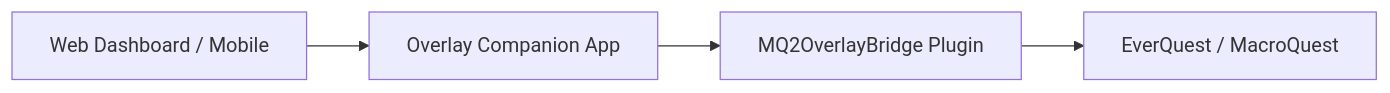
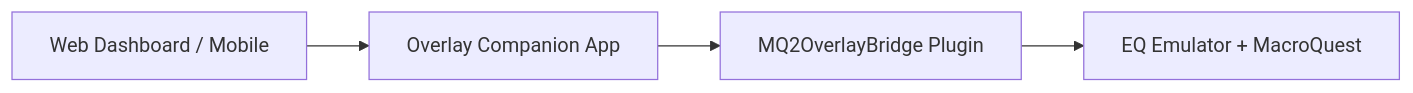
One commit to eniner/-Coming-Soon-MQ-Companion changed the diagram in README.md. Above: the diagram before and after it, drawn with Mermaid. The commit also changed other lines of this file and 21 other files, not shown here.

First line of the commit message:
Refresh EMU gallery and make EverQuest emulator-only positioning unmistakable.

````diff
--- a/README.md
+++ b/README.md
@@ -43,6 +60,6 @@
 ```mermaid
 flowchart LR
   A[Web Dashboard / Mobile] --> B[Overlay Companion App]
   B --> C[MQ2OverlayBridge Plugin]
-  C --> D[EverQuest / MacroQuest]
+  C --> D[EQ Emulator + MacroQuest]
 ```
````
